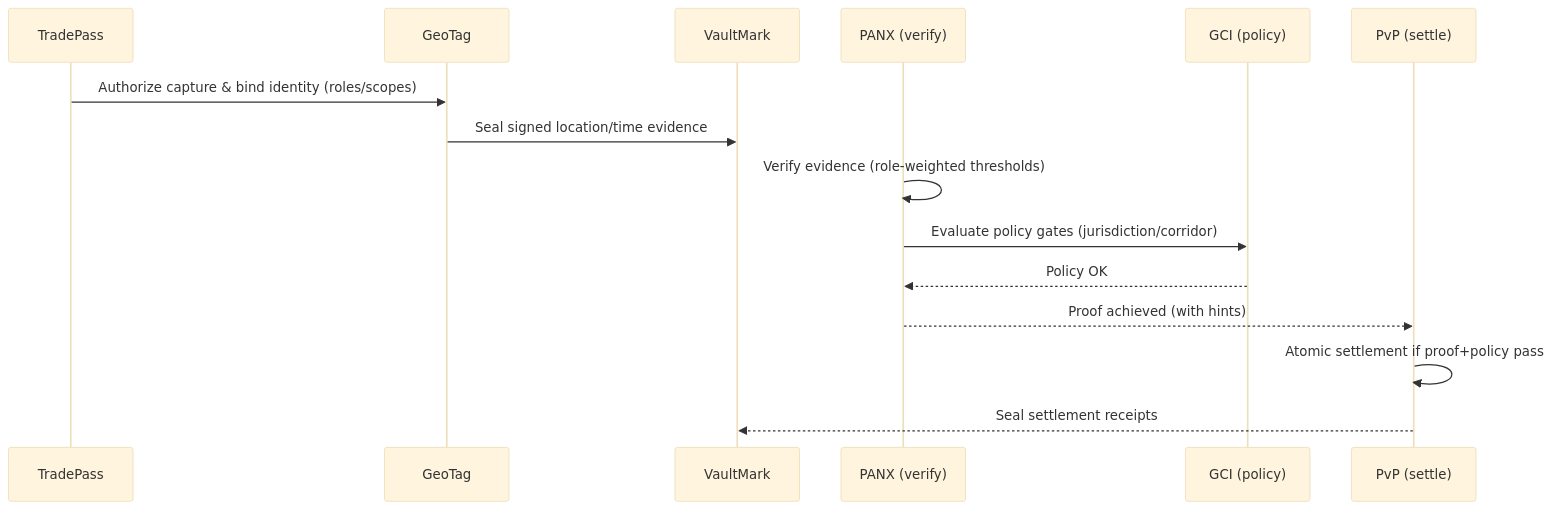
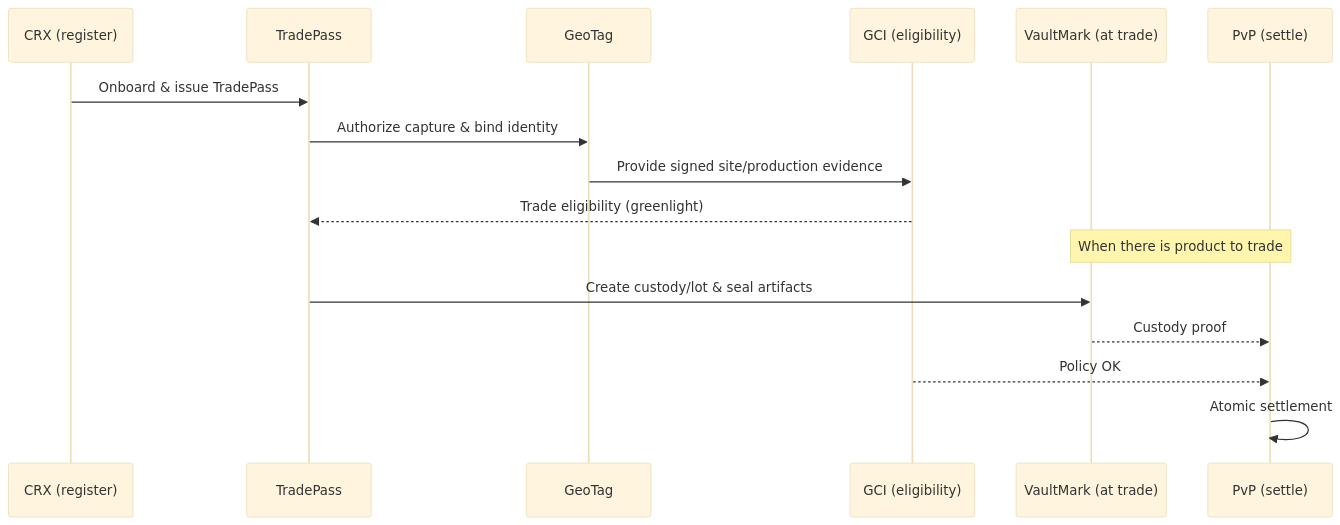
The seventh of 7 diagrams in profile/README.md (gtcx-protocol/.github), drawn with Mermaid (base theme) before and after one commit. The commit also changed other lines of this file, not shown here.

````diff
--- a/profile/README.md
+++ b/profile/README.md
@@ -190,18 +208,20 @@
 ```mermaid
 sequenceDiagram
+  participant CRX as CRX (register)
   participant TP as TradePass
   participant GT as GeoTag
-  participant VM as VaultMark
-  participant PANX as PANX (verify)
-  participant GCI as GCI (policy)
+  participant GCI as GCI (eligibility)
+  participant VM as VaultMark (at trade)
   participant PVP as PvP (settle)
 
-  TP->>GT: Authorize capture & bind identity (roles/scopes)
-  GT->>VM: Seal signed location/time evidence
-  PANX->>PANX: Verify evidence (role‑weighted thresholds)
-  PANX->>GCI: Evaluate policy gates (jurisdiction/corridor)
-  GCI-->>PANX: Policy OK
-  PANX-->>PVP: Proof achieved (with hints)
-  PVP->>PVP: Atomic settlement if proof+policy pass
-  PVP-->>VM: Seal settlement receipts
+  CRX->>TP: Onboard & issue TradePass
+  TP->>GT: Authorize capture & bind identity
+  GT->>GCI: Provide signed site/production evidence
+  GCI-->>TP: Trade eligibility (greenlight)
+
+  Note over VM,PVP: When there is product to trade
+  TP->>VM: Create custody/lot & seal artifacts
+  VM-->>PVP: Custody proof
+  GCI-->>PVP: Policy OK
+  PVP->>PVP: Atomic settlement
 ```
````
